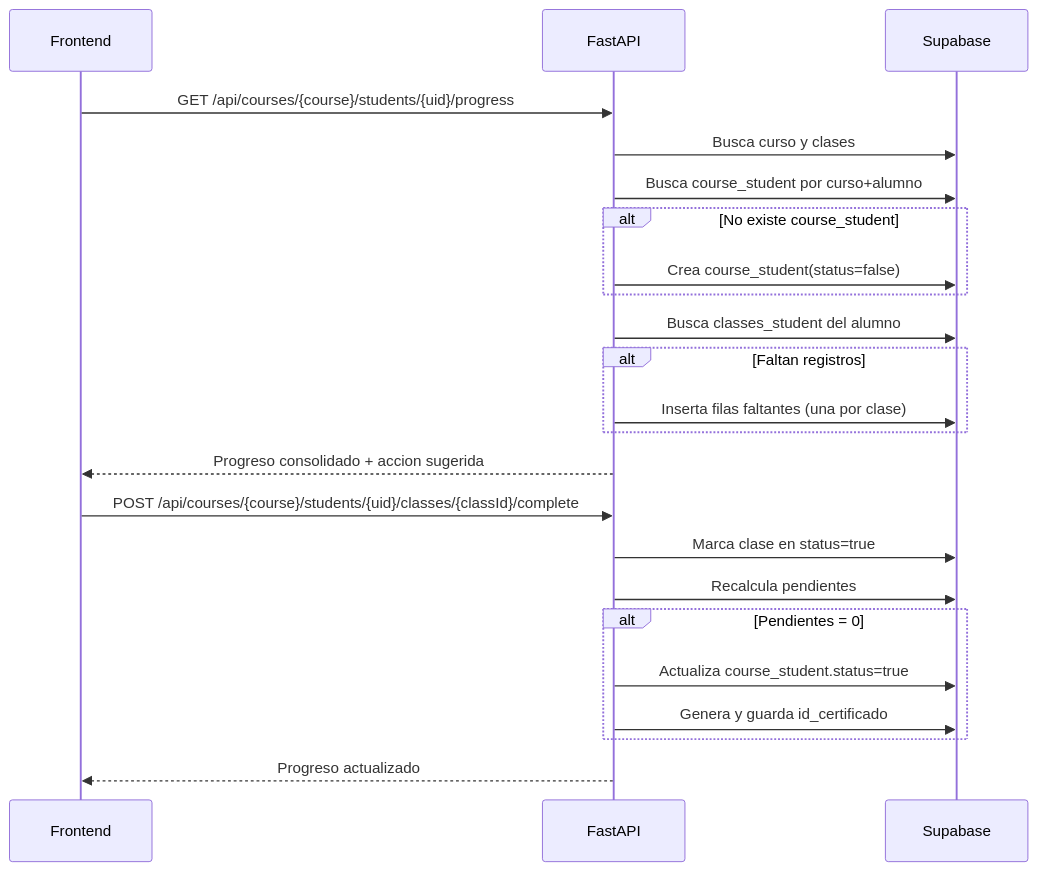
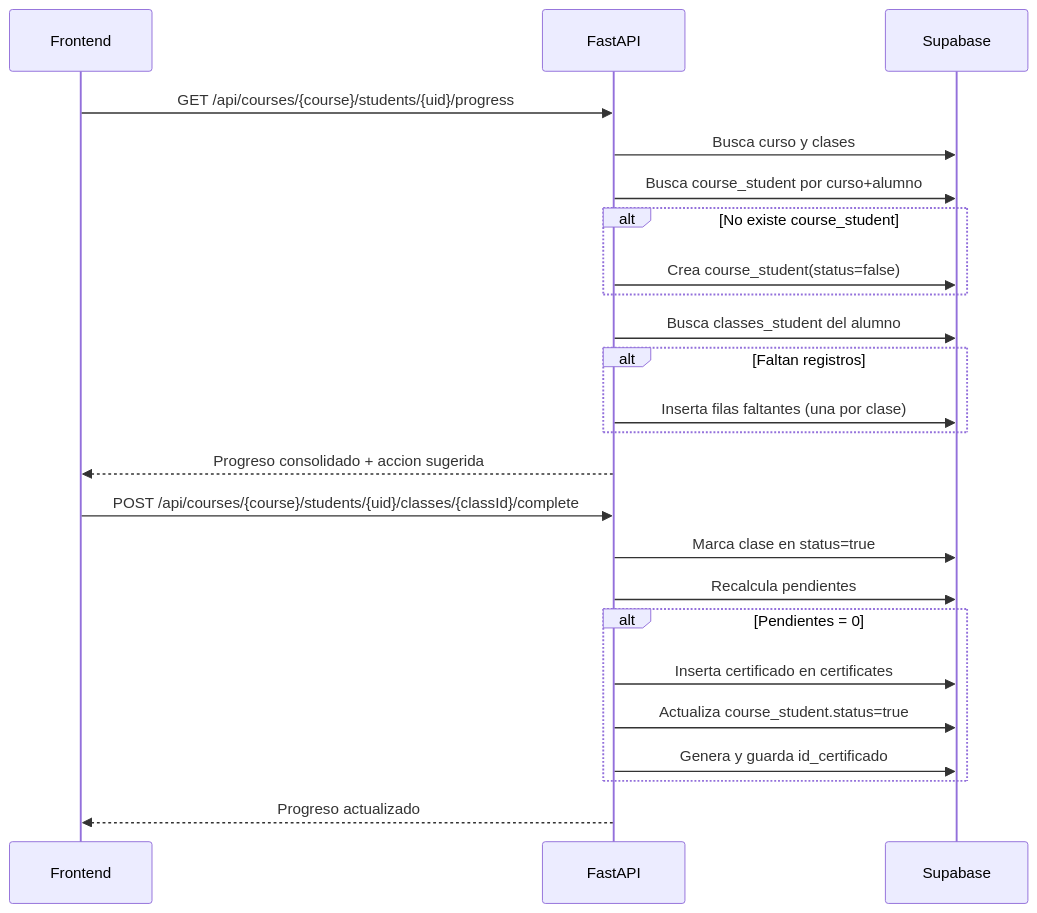
The second of 2 diagrams in docs/course-student-flow.md (samuelcastillogt/elearnibgAPI), drawn with Mermaid before and after one commit. The commit also changed other lines of this file and 3 other files, not shown here.

````diff
--- a/docs/course-student-flow.md
+++ b/docs/course-student-flow.md
@@ -52,27 +61,28 @@
 ```mermaid
 sequenceDiagram
   participant UI as Frontend
   participant API as FastAPI
   participant DB as Supabase
 
   UI->>API: GET /api/courses/{course}/students/{uid}/progress
   API->>DB: Busca curso y clases
   API->>DB: Busca course_student por curso+alumno
   alt No existe course_student
     API->>DB: Crea course_student(status=false)
   end
   API->>DB: Busca classes_student del alumno
   alt Faltan registros
     API->>DB: Inserta filas faltantes (una por clase)
   end
   API-->>UI: Progreso consolidado + accion sugerida
 
   UI->>API: POST /api/courses/{course}/students/{uid}/classes/{classId}/complete
   API->>DB: Marca clase en status=true
   API->>DB: Recalcula pendientes
   alt Pendientes = 0
+    API->>DB: Inserta certificado en certificates
     API->>DB: Actualiza course_student.status=true
     API->>DB: Genera y guarda id_certificado
   end
   API-->>UI: Progreso actualizado
 ```
````
